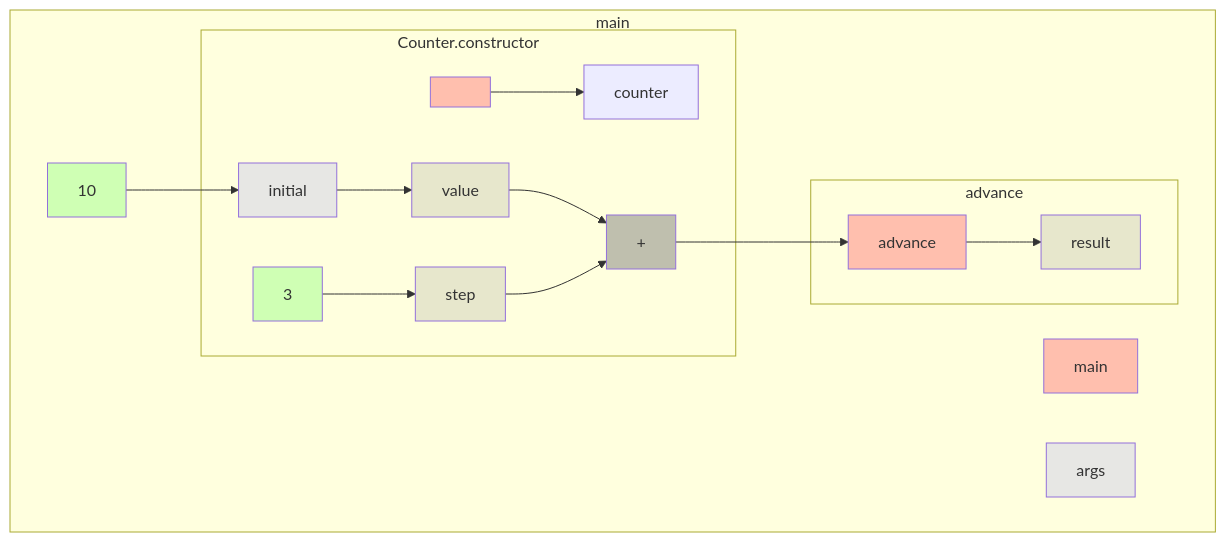
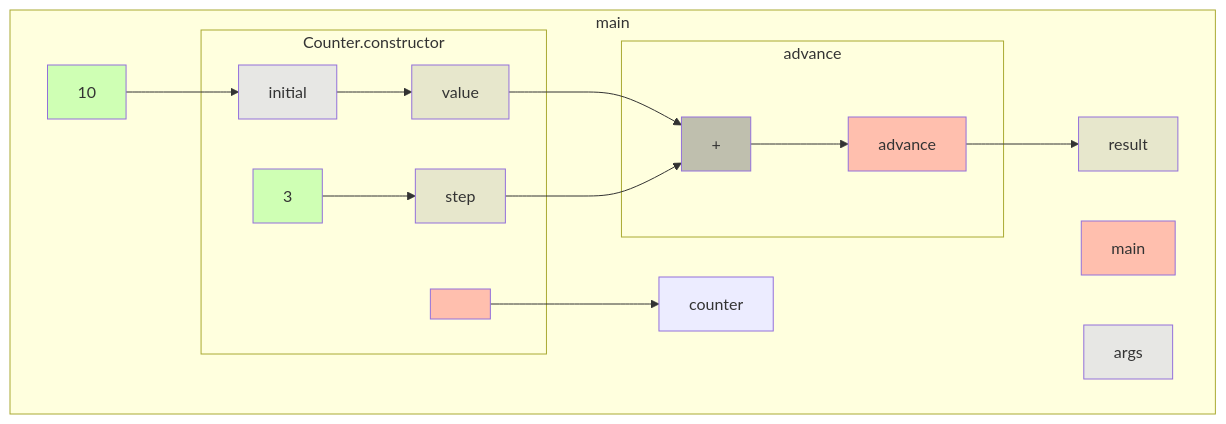
Before and after one commit to gstiebler/codeflow: the diagram in app/src/test/resources/implicitThis/truth.md, drawn with Mermaid. The commit also changed 34 other files, not shown here.

````diff
--- a/app/src/test/resources/implicitThis/truth.md
+++ b/app/src/test/resources/implicitThis/truth.md
@@ -1,36 +1,36 @@
 ```mermaid
 flowchart TD
   subgraph b0["main"]
     n1[main]:::RETURN
     n2[args]:::FUNC_PARAM
     n3[10]:::LITERAL
     n10[counter]:::OBJ_VARIABLE
     n14[result]:::VARIABLE
     n3[10]:::LITERAL --> n6[initial]:::FUNC_PARAM
+    n5[<init>]:::RETURN --> n10[counter]:::OBJ_VARIABLE
+    n7[value]:::VARIABLE --> n13[+]:::BIN_OP
+    n9[step]:::VARIABLE --> n13[+]:::BIN_OP
+    n12[advance]:::RETURN --> n14[result]:::VARIABLE
     subgraph b4["Counter.constructor"]
       n5[<init>]:::RETURN
       n6[initial]:::FUNC_PARAM
       n7[value]:::VARIABLE
       n8[3]:::LITERAL
       n9[step]:::VARIABLE
-      n5[<init>]:::RETURN --> n10[counter]:::OBJ_VARIABLE
       n6[initial]:::FUNC_PARAM --> n7[value]:::VARIABLE
-      n7[value]:::VARIABLE --> n13[+]:::BIN_OP
       n8[3]:::LITERAL --> n9[step]:::VARIABLE
-      n9[step]:::VARIABLE --> n13[+]:::BIN_OP
     end
     subgraph b11["advance"]
       n12[advance]:::RETURN
       n13[+]:::BIN_OP
-      n12[advance]:::RETURN --> n14[result]:::VARIABLE
       n13[+]:::BIN_OP --> n12[advance]:::RETURN
     end
   end
   classDef LITERAL fill:#00FF0030
   classDef VARIABLE fill:#80808030
   classDef BIN_OP fill:#80808080
   classDef FUNC_PARAM fill:#8080FF30
   classDef RETURN fill:#FF808080
   classDef EXTERNAL fill:#FFA50040
   classDef UNMODELLED fill:#FF000030,stroke-dasharray: 4 2
 ```
````
